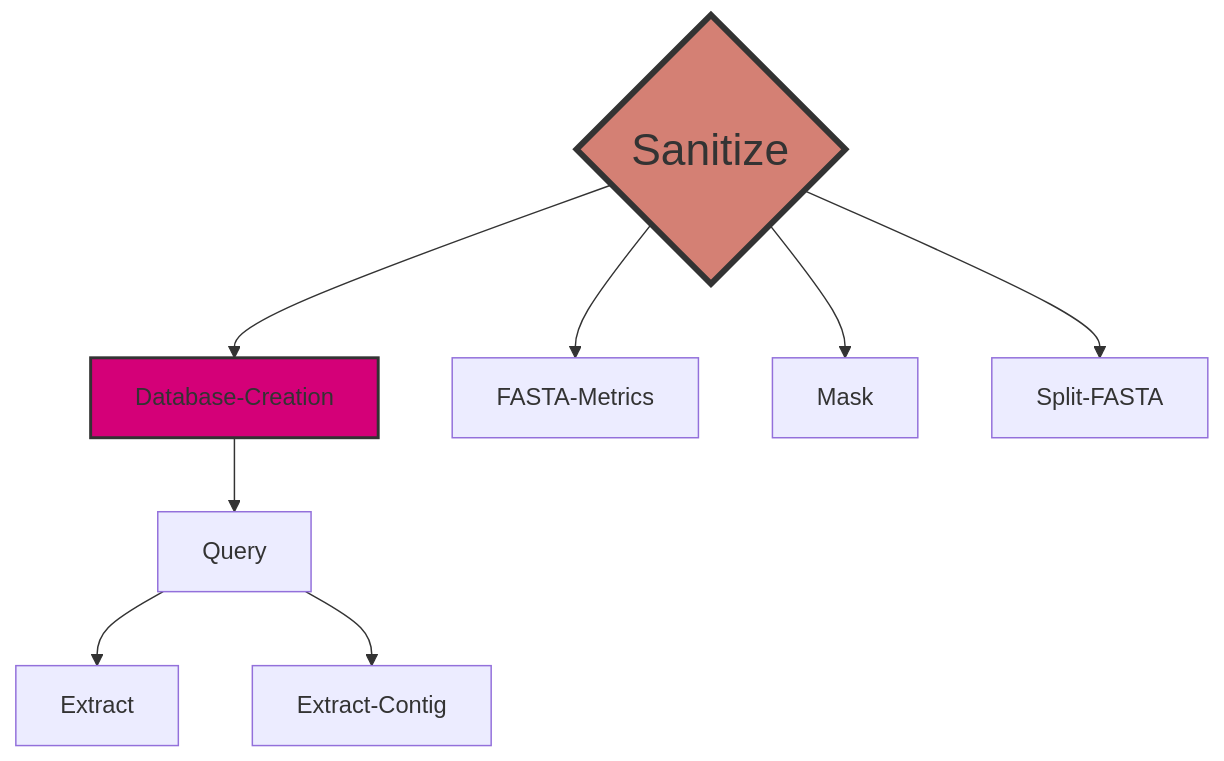
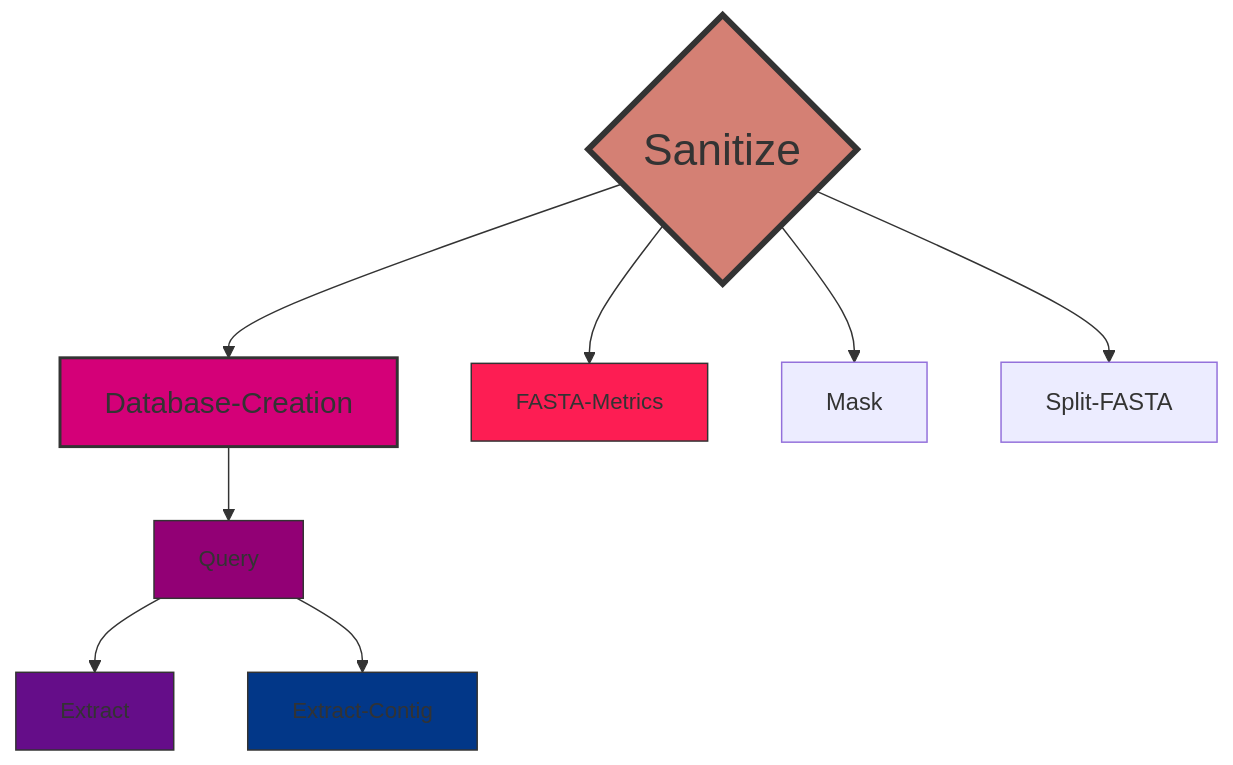
Before and after one commit to ERBringHorvath/SeqForge: the diagram in README.md, drawn with Mermaid.

````diff
--- a/README.md
+++ b/README.md
@@ -79,14 +79,18 @@
 ```mermaid
 graph TD;
     A{Sanitize}-->B[Database-Creation];
     B[Database-Creation]-->C[Query];
     C[Query]-->D[Extract];
     C[Query]-->E[Extract-Contig];
     A{Sanitize}-->F[FASTA-Metrics];
     A{Sanitize}-->G[Mask];
     A{Sanitize}-->H[Split-FASTA];
 
     %% Custom style for Sanitize node
     style A fill:#d48074,stroke:#333,stroke-width:4,font-size:30px
-    style B fill:#d40078,stroke:#333,stroke-width:2,fong-size:20px
+    style B fill:#d40078,stroke:#333,stroke-width:2,font-size:20px
+    style C fill:#920075,stroke:#333,stroke-width:1,font-size:15px
+    style D fill:#650D89,stroke:#333,stroke-width:1,font-size:15px
+    style E fill:#023788,stroke:#333,stroke-width:1,font-size:15px
+    style F fill:#fd1d53,stroke:#333,stroke-width:1,font-size:15px
 ```
````
